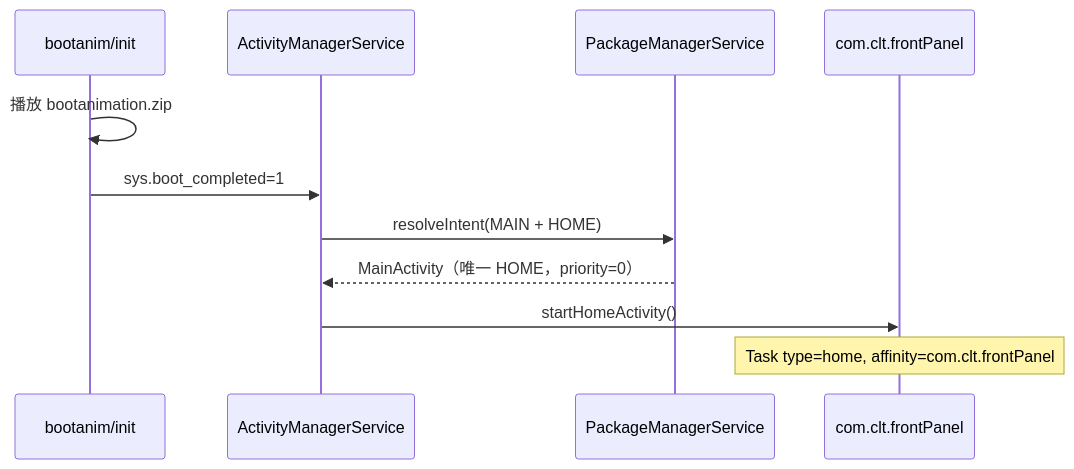
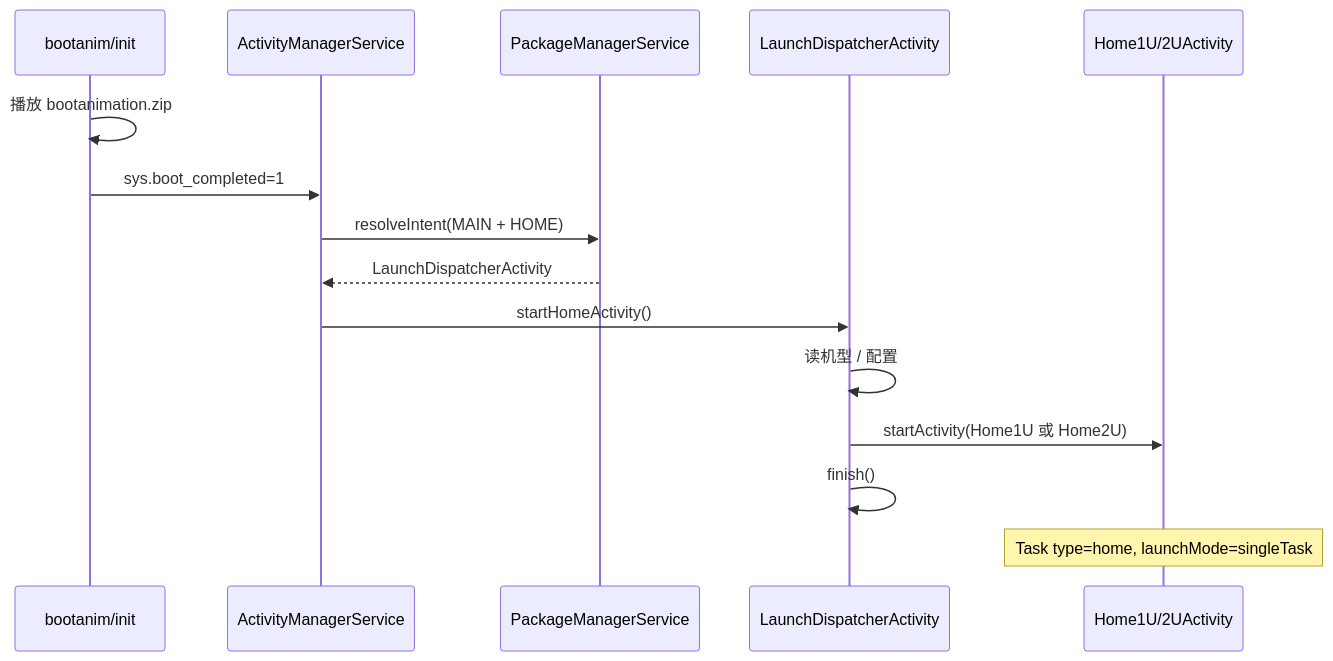
Before and after one commit to nangong918/code-ability: the diagram in vector/AndroidFramework定制探索.md, drawn with Mermaid. The commit also changed other lines of this file, not shown here.

````diff
--- a/vector/AndroidFramework定制探索.md
+++ b/vector/AndroidFramework定制探索.md
@@ -117,14 +188,18 @@
 ```mermaid
 sequenceDiagram
     participant Boot as bootanim/init
     participant AMS as ActivityManagerService
     participant PMS as PackageManagerService
-    participant Panel as com.clt.frontPanel
+    participant Dispatcher as LaunchDispatcherActivity
+    participant Home as Home1U/2UActivity
 
     Boot->>Boot: 播放 bootanimation.zip
     Boot->>AMS: sys.boot_completed=1
     AMS->>PMS: resolveIntent(MAIN + HOME)
-    PMS-->>AMS: MainActivity（唯一 HOME，priority=0）
-    AMS->>Panel: startHomeActivity()
-    Note over Panel: Task type=home, affinity=com.clt.frontPanel
+    PMS-->>AMS: LaunchDispatcherActivity
+    AMS->>Dispatcher: startHomeActivity()
+    Dispatcher->>Dispatcher: 读机型 / 配置
+    Dispatcher->>Home: startActivity(Home1U 或 Home2U)
+    Dispatcher->>Dispatcher: finish()
+    Note over Home: Task type=home, launchMode=singleTask
 ```
````
